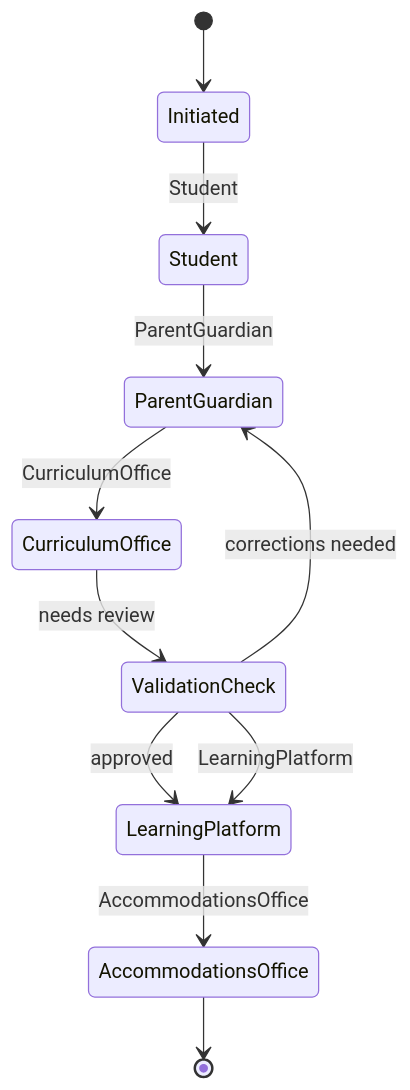
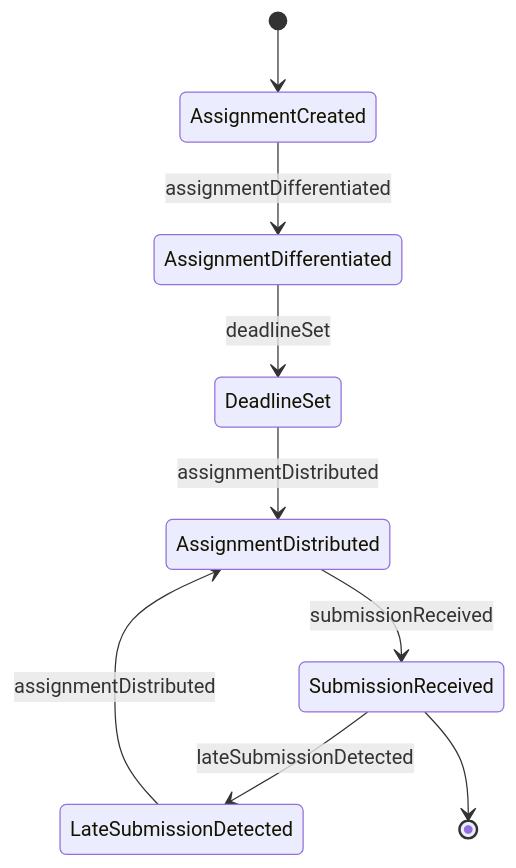
Before and after one commit to dot-org-ai/tasks.org.ai: the second of 4 diagrams in GuidingDirectingAndMotivatingSubordinates/AssignWorkToOthers/AssignClassWorkStudents.mdx, drawn with Mermaid. The commit also changed other lines of this file and 515 other files, not shown here.

````diff
--- a/GuidingDirectingAndMotivatingSubordinates/AssignWorkToOthers/AssignClassWorkStudents.mdx
+++ b/GuidingDirectingAndMotivatingSubordinates/AssignWorkToOthers/AssignClassWorkStudents.mdx
@@ -97,13 +98,11 @@
 ```mermaid
 stateDiagram-v2
-    [*] --> Initiated
-    Initiated --> Student: Student
-    Student --> ParentGuardian: ParentGuardian
-    ParentGuardian --> CurriculumOffice: CurriculumOffice
-    CurriculumOffice --> ValidationCheck: needs review
-    ValidationCheck --> ParentGuardian: corrections needed
-    ValidationCheck --> LearningPlatform: approved
-    ValidationCheck --> LearningPlatform: LearningPlatform
-    LearningPlatform --> AccommodationsOffice: AccommodationsOffice
-    AccommodationsOffice --> [*]
+    [*] --> AssignmentCreated
+    AssignmentCreated --> AssignmentDifferentiated : assignmentDifferentiated
+    AssignmentDifferentiated --> DeadlineSet : deadlineSet
+    DeadlineSet --> AssignmentDistributed : assignmentDistributed
+    AssignmentDistributed --> SubmissionReceived : submissionReceived
+    SubmissionReceived --> LateSubmissionDetected : lateSubmissionDetected
+    LateSubmissionDetected --> AssignmentDistributed : assignmentDistributed
+    SubmissionReceived --> [*]
 ```
````
